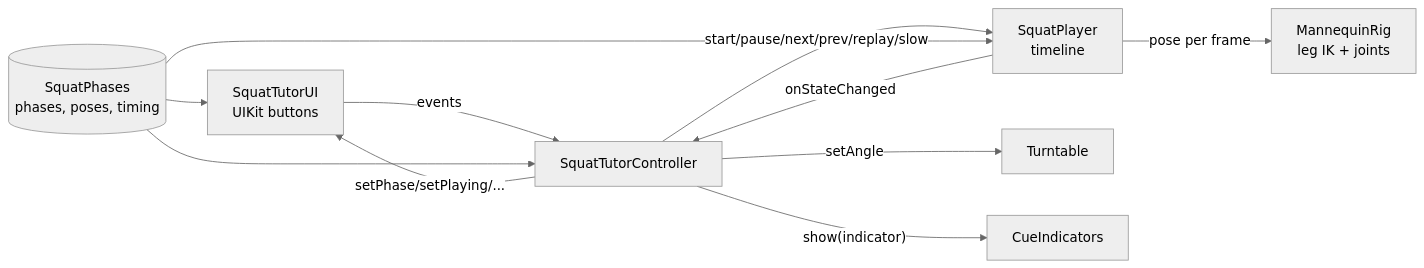
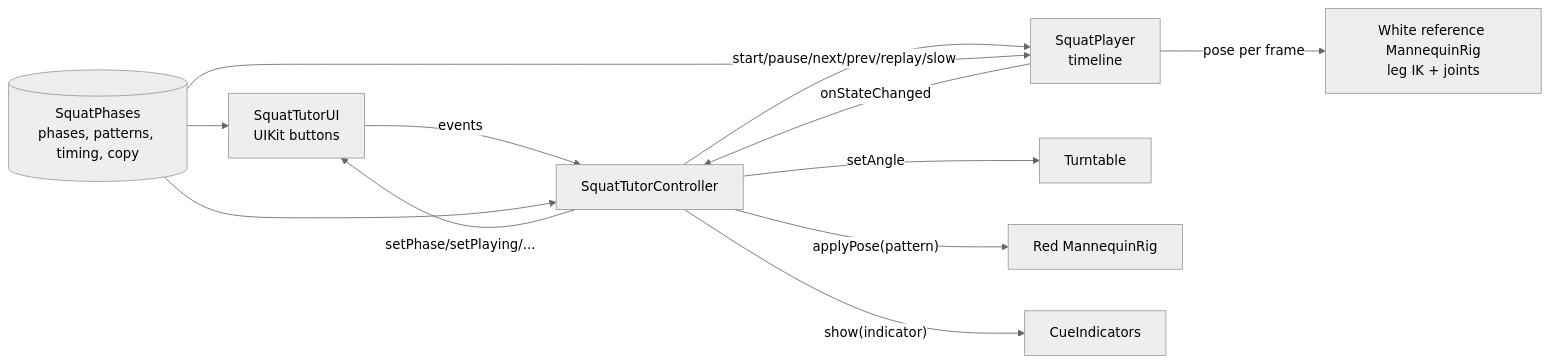
Before and after one commit to Sidd927/learn-ar-with-specs-2026: the diagram in docs/IMPLEMENTATION_NOTES.md, drawn with Mermaid (neutral theme). The commit also changed other lines of this file and 17 other files, not shown here.

````diff
--- a/docs/IMPLEMENTATION_NOTES.md
+++ b/docs/IMPLEMENTATION_NOTES.md
@@ -41,13 +45,14 @@
 ```mermaid
 flowchart LR
   UI[SquatTutorUI<br/>UIKit buttons] -- events --> C[SquatTutorController]
   C -- start/pause/next/prev/replay/slow --> P[SquatPlayer<br/>timeline]
   C -- setAngle --> T[Turntable]
-  P -- pose per frame --> R[MannequinRig<br/>leg IK + joints]
+  C -- applyPose(pattern) --> G[Red MannequinRig]
+  P -- pose per frame --> R[White reference MannequinRig<br/>leg IK + joints]
   P -- onStateChanged --> C
   C -- setPhase/setPlaying/... --> UI
   C -- show(indicator) --> Q[CueIndicators]
-  D[(SquatPhases<br/>phases, poses, timing)] --> P
+  D[(SquatPhases<br/>phases, patterns, timing, copy)] --> P
   D --> UI
   D --> C
 ```
````
